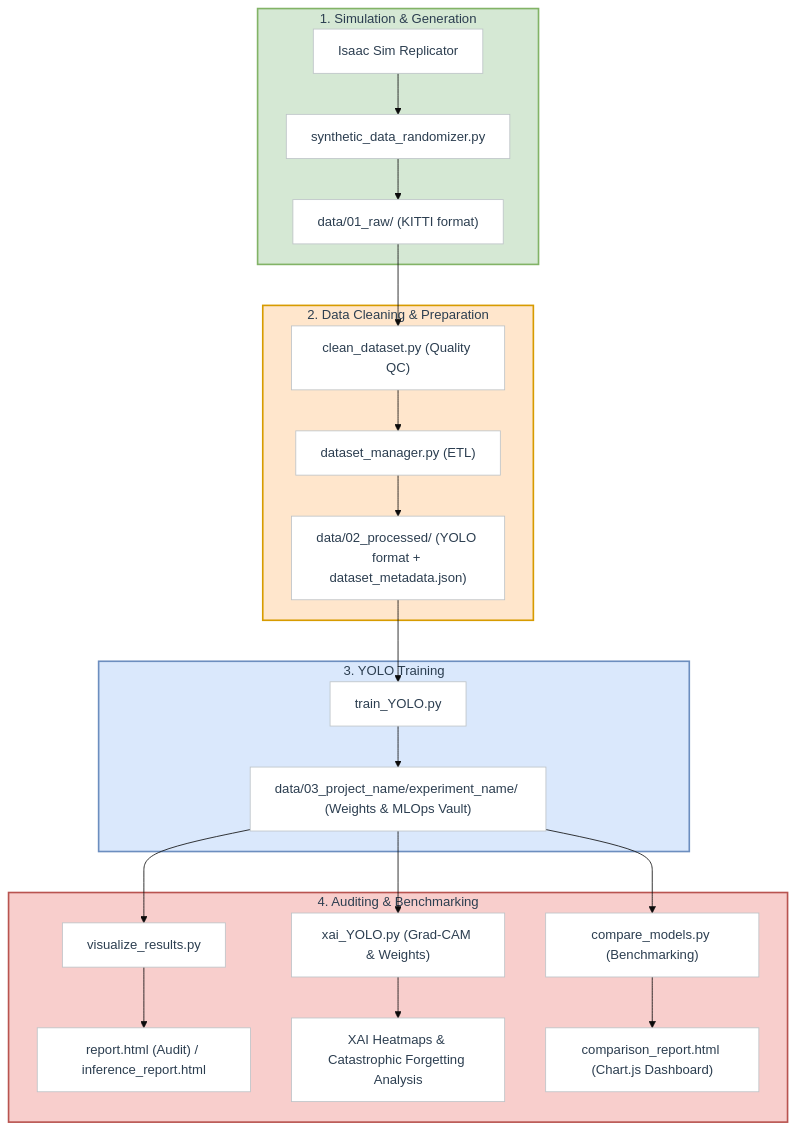
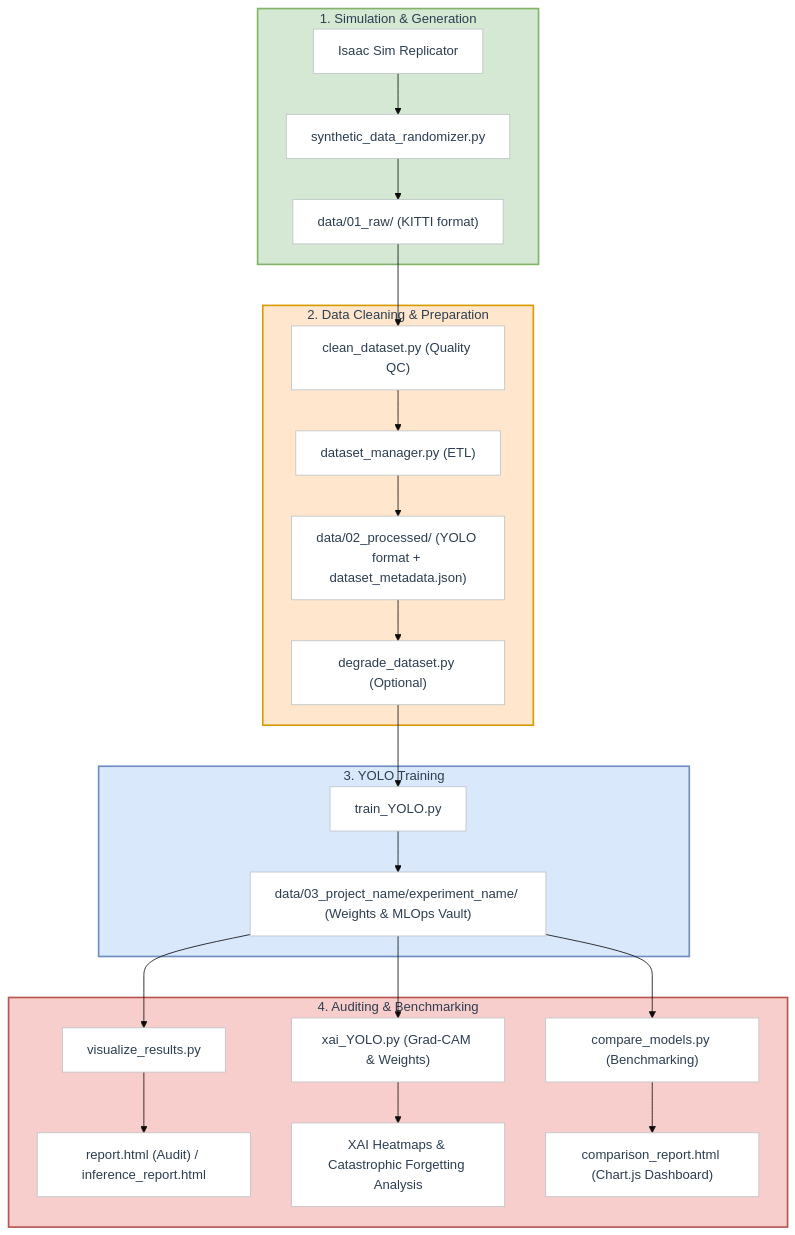
Before and after one commit to IGL5/Sim-to-Real-Isaac-Sim: the diagram in README.md, drawn with Mermaid (base theme). The commit also changed other lines of this file, not shown here.

Commit message:
docs: add degrade_dataset documentation and pipeline diagram to README

````diff
--- a/README.md
+++ b/README.md
@@ -13,34 +13,36 @@
 ```mermaid
 flowchart TD
     classDef default color:#2c3e50,fill:#ffffff,stroke:#bdc3c7;
 
     subgraph Simulation [1. Simulation & Generation]
         A["Isaac Sim Replicator"] --> B["synthetic_data_randomizer.py"]
         B --> C["data/01_raw/ (KITTI format)"]
     end
 
     subgraph DataPrep [2. Data Cleaning & Preparation]
         C --> D["clean_dataset.py (Quality QC)"]
         D --> E["dataset_manager.py (ETL)"]
-        E --> F["data/02_processed/ (YOLO format + dataset_metadata.json)"]
+        E --> DEG["data/02_processed/ (YOLO format + dataset_metadata.json)"]
+        DEG --> F["degrade_dataset.py (Optional)"]
+        
     end
 
     subgraph Training [3. YOLO Training]
         F --> G["train_YOLO.py"]
         G --> H["data/03_project_name/experiment_name/ (Weights & MLOps Vault)"]
     end
 
     subgraph Evaluation [4. Auditing & Benchmarking]
         H --> I["visualize_results.py"]
         H --> J["xai_YOLO.py (Grad-CAM & Weights)"]
         H --> K["compare_models.py (Benchmarking)"]
         I --> L["report.html (Audit) / inference_report.html"]
         J --> M["XAI Heatmaps & Catastrophic Forgetting Analysis"]
         K --> N["comparison_report.html (Chart.js Dashboard)"]
     end
 
     style Simulation fill:#d5e8d4,stroke:#82b366,stroke-width:2px,color:#2c3e50
     style DataPrep fill:#ffe6cc,stroke:#d79b00,stroke-width:2px,color:#2c3e50
     style Training fill:#dae8fc,stroke:#6c8ebf,stroke-width:2px,color:#2c3e50
     style Evaluation fill:#f8cecc,stroke:#b85450,stroke-width:2px,color:#2c3e50
 ```
````
